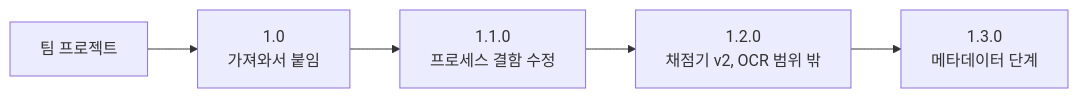
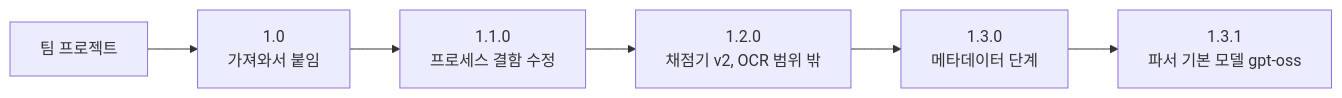
One commit to adover134/hierarchical-md-rag changed the first of 2 diagrams in docs/08_버전과_브랜치.md. Above: the diagram before and after it, drawn with Mermaid. The commit also changed other lines of this file and 5 other files, not shown here.

Commit message:
docs: label version 1.3.1 (parser default model gpt-oss:20b); rename Pass1b to hierarchy extraction

````diff
--- a/docs/08_버전과_브랜치.md
+++ b/docs/08_버전과_브랜치.md
@@ -10,7 +10,8 @@
 ```mermaid
 flowchart LR
     T["팀 프로젝트"] --> V10["1.0<br/>가져와서 붙임"]
     V10 --> V11["1.1.0<br/>프로세스 결함 수정"]
     V11 --> V12["1.2.0<br/>채점기 v2, OCR 범위 밖"]
     V12 --> V13["1.3.0<br/>메타데이터 단계"]
+    V13 --> V131["1.3.1<br/>파서 기본 모델 gpt-oss"]
 ```
````
